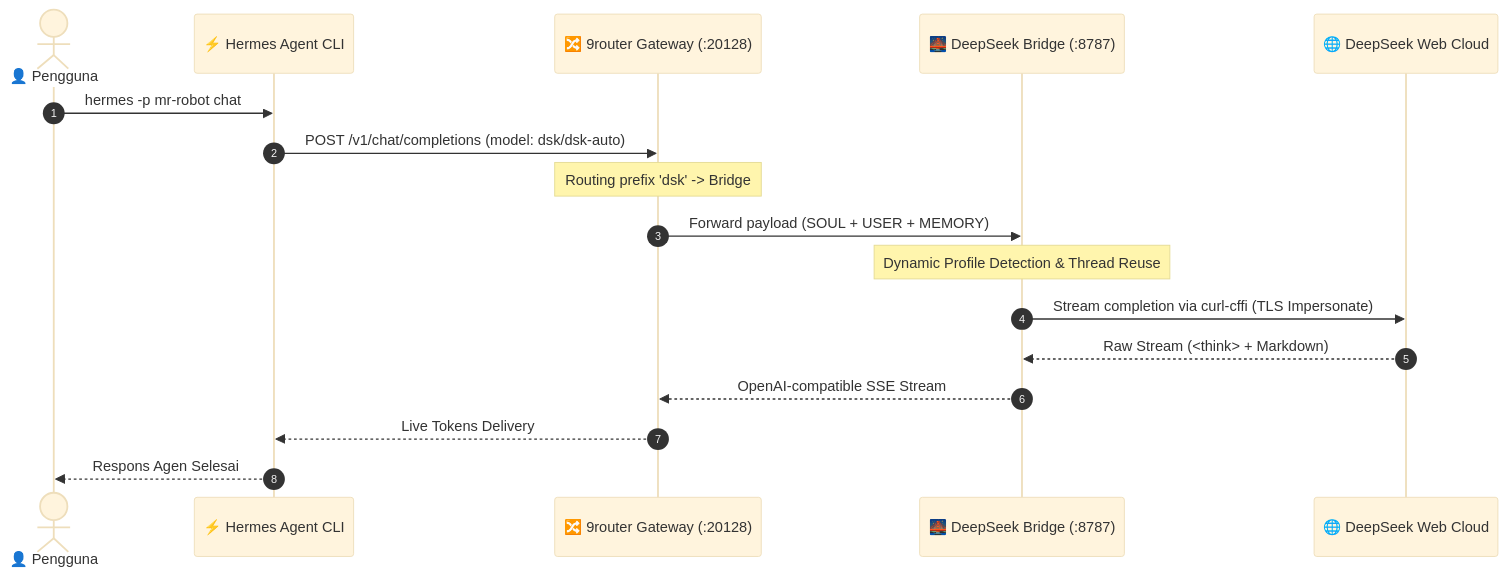
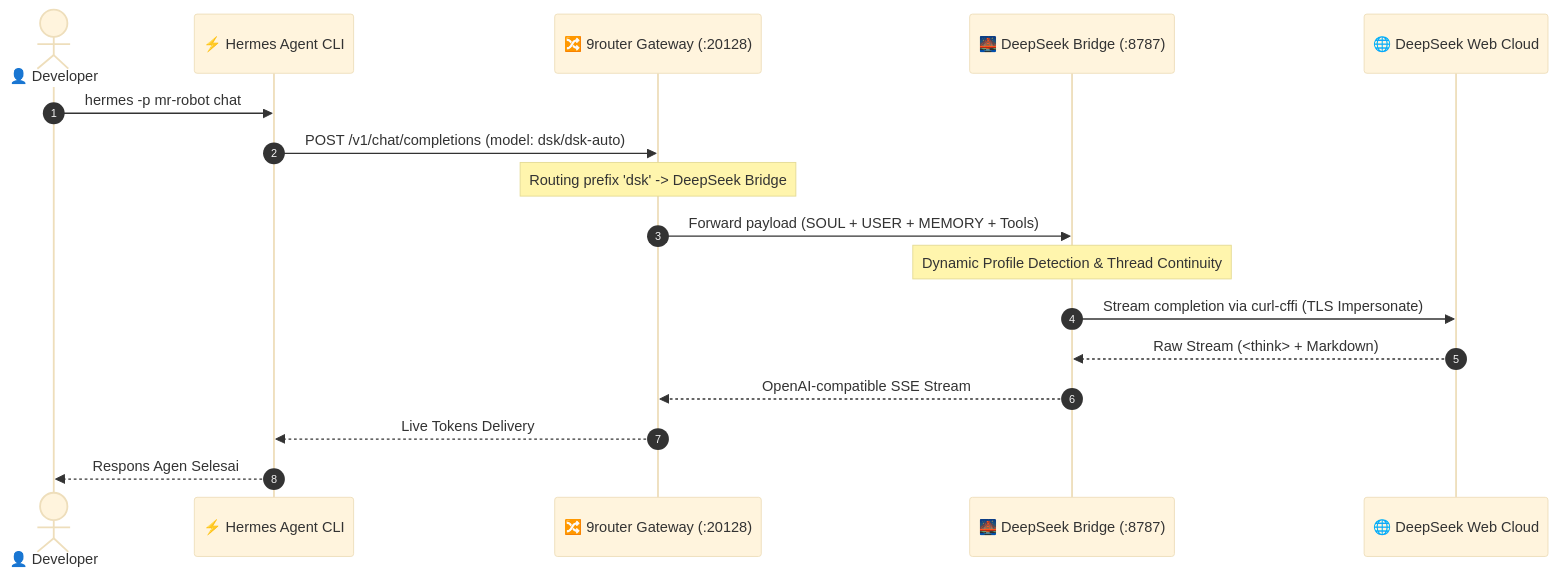
One commit to Muhammad-Rizqullah-Akbar/deepseek-bridge-portable changed the diagram in README.md. Above: the diagram before and after it, drawn with Mermaid (base theme). The commit also changed other lines of this file and 10 other files, not shown here.

````diff
--- a/README.md
+++ b/README.md
@@ -54,20 +55,20 @@
 ```mermaid
 sequenceDiagram
     autonumber
-    actor User as 👤 Pengguna
+    actor User as 👤 Developer
     participant Hermes as ⚡ Hermes Agent CLI
     participant NineRouter as 🔀 9router Gateway (:20128)
     participant Bridge as 🌉 DeepSeek Bridge (:8787)
     participant DeepSeek as 🌐 DeepSeek Web Cloud
 
     User->>Hermes: hermes -p mr-robot chat
     Hermes->>NineRouter: POST /v1/chat/completions (model: dsk/dsk-auto)
-    Note over NineRouter: Routing prefix 'dsk' -> Bridge
-    NineRouter->>Bridge: Forward payload (SOUL + USER + MEMORY)
-    Note over Bridge: Dynamic Profile Detection & Thread Reuse
+    Note over NineRouter: Routing prefix 'dsk' -> DeepSeek Bridge
+    NineRouter->>Bridge: Forward payload (SOUL + USER + MEMORY + Tools)
+    Note over Bridge: Dynamic Profile Detection & Thread Continuity
     Bridge->>DeepSeek: Stream completion via curl-cffi (TLS Impersonate)
     DeepSeek-->>Bridge: Raw Stream (<think> + Markdown)
     Bridge-->>NineRouter: OpenAI-compatible SSE Stream
     NineRouter-->>Hermes: Live Tokens Delivery
     Hermes-->>User: Respons Agen Selesai
 ```
````
